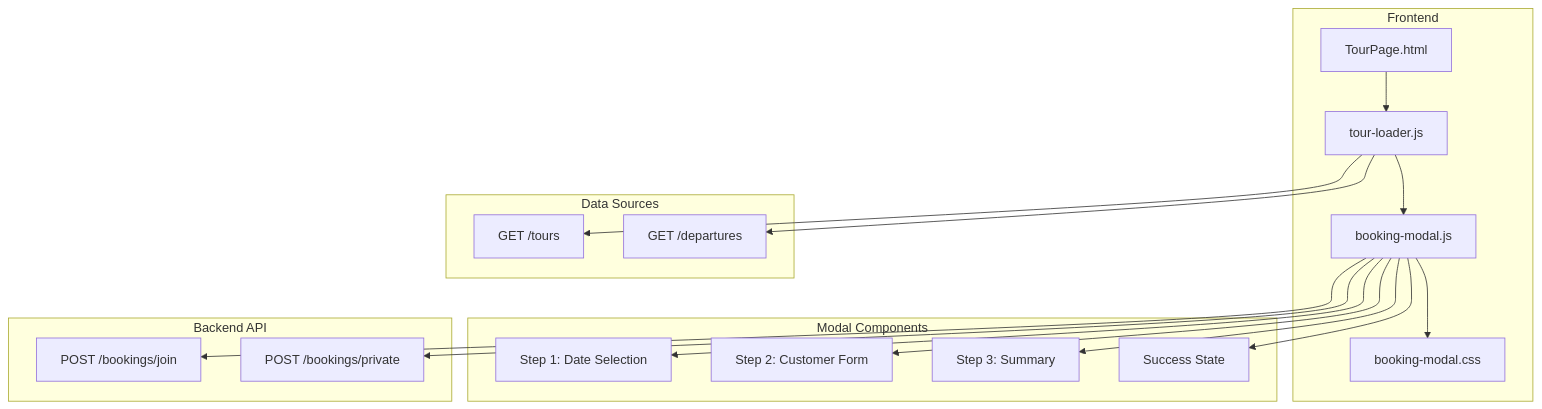
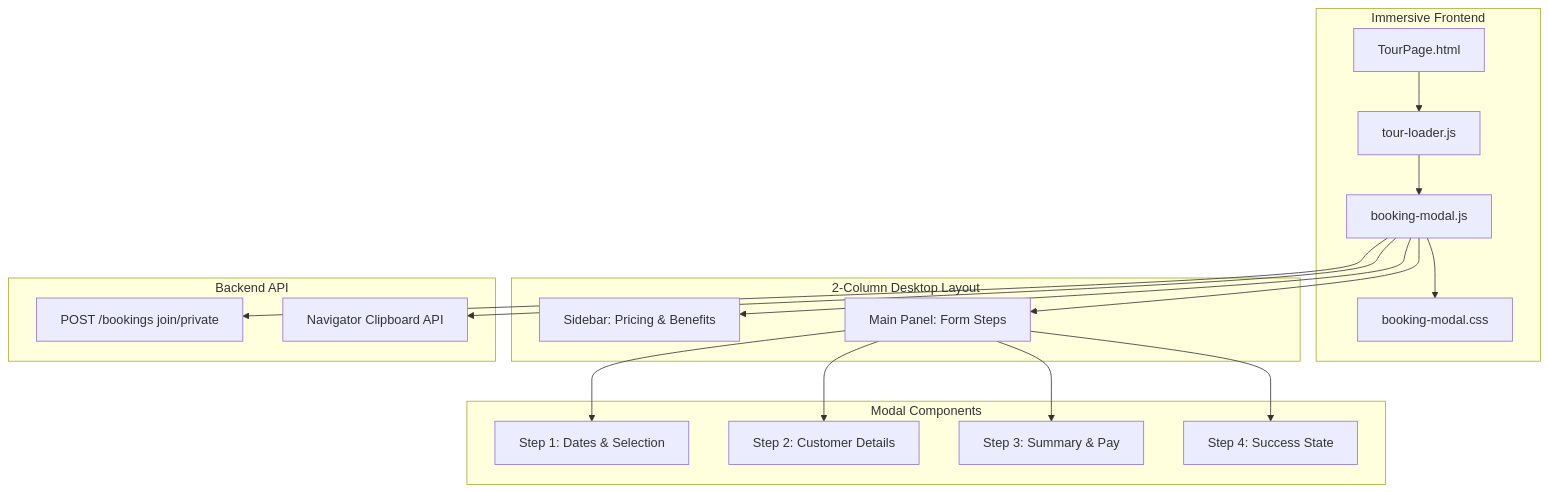
One commit to ChrisBeep98/NevadoTrekWebpage02 changed the first of 4 diagrams in docs/BOOKING_MODAL_SYSTEM.md. Above: the diagram before and after it, drawn with Mermaid. The commit also changed other lines of this file, not shown here.

````diff
--- a/docs/BOOKING_MODAL_SYSTEM.md
+++ b/docs/BOOKING_MODAL_SYSTEM.md
@@ -18,25 +18,25 @@
 ```mermaid
 graph TB
-    subgraph Frontend
+    subgraph Frontend [Immersive Frontend]
         A[TourPage.html] --> B[tour-loader.js]
         B --> C[booking-modal.js]
         C --> D[booking-modal.css]
     end
     
+    subgraph Layout [2-Column Desktop Layout]
+        C --> L1[Sidebar: Pricing & Benefits]
+        C --> L2[Main Panel: Form Steps]
+    end
+    
     subgraph Modal Components
-        C --> E[Step 1: Date Selection]
-        C --> F[Step 2: Customer Form]
-        C --> G[Step 3: Summary]
-        C --> H[Success State]
+        L2 --> E[Step 1: Dates & Selection]
+        L2 --> F[Step 2: Customer Details]
+        L2 --> G[Step 3: Summary & Pay]
+        L2 --> H[Step 4: Success State]
     end
     
     subgraph Backend API
-        C --> I[POST /bookings/join]
-        C --> J[POST /bookings/private]
-    end
-    
-    subgraph Data Sources
-        B --> K[GET /tours]
-        B --> L[GET /departures]
+        C --> I[POST /bookings join/private]
+        C --> J[Navigator Clipboard API]
     end
 ```
````
